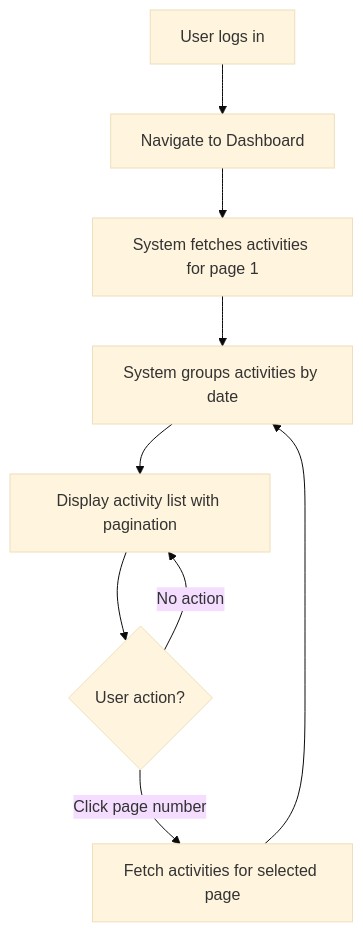
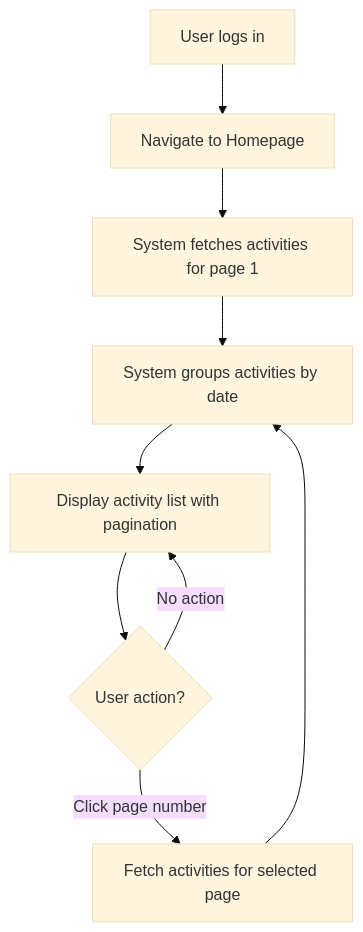
Before and after one commit to lamhq/notebook: the diagram in docs/requirements/diary/view-activity-list.md, drawn with Mermaid (base theme). The commit also changed other lines of this file and 10 other files, not shown here.

````diff
--- a/docs/requirements/diary/view-activity-list.md
+++ b/docs/requirements/diary/view-activity-list.md
@@ -85,11 +85,11 @@
 ```mermaid
 flowchart TD
-    A[User logs in] --> B[Navigate to Dashboard]
+    A[User logs in] --> B[Navigate to Homepage]
     B --> C[System fetches activities for page 1]
     C --> D[System groups activities by date]
     D --> E[Display activity list with pagination]
     E --> F{User action?}
     F -->|Click page number| G[Fetch activities for selected page]
     G --> D
     F -->|No action| E
 ```
````
